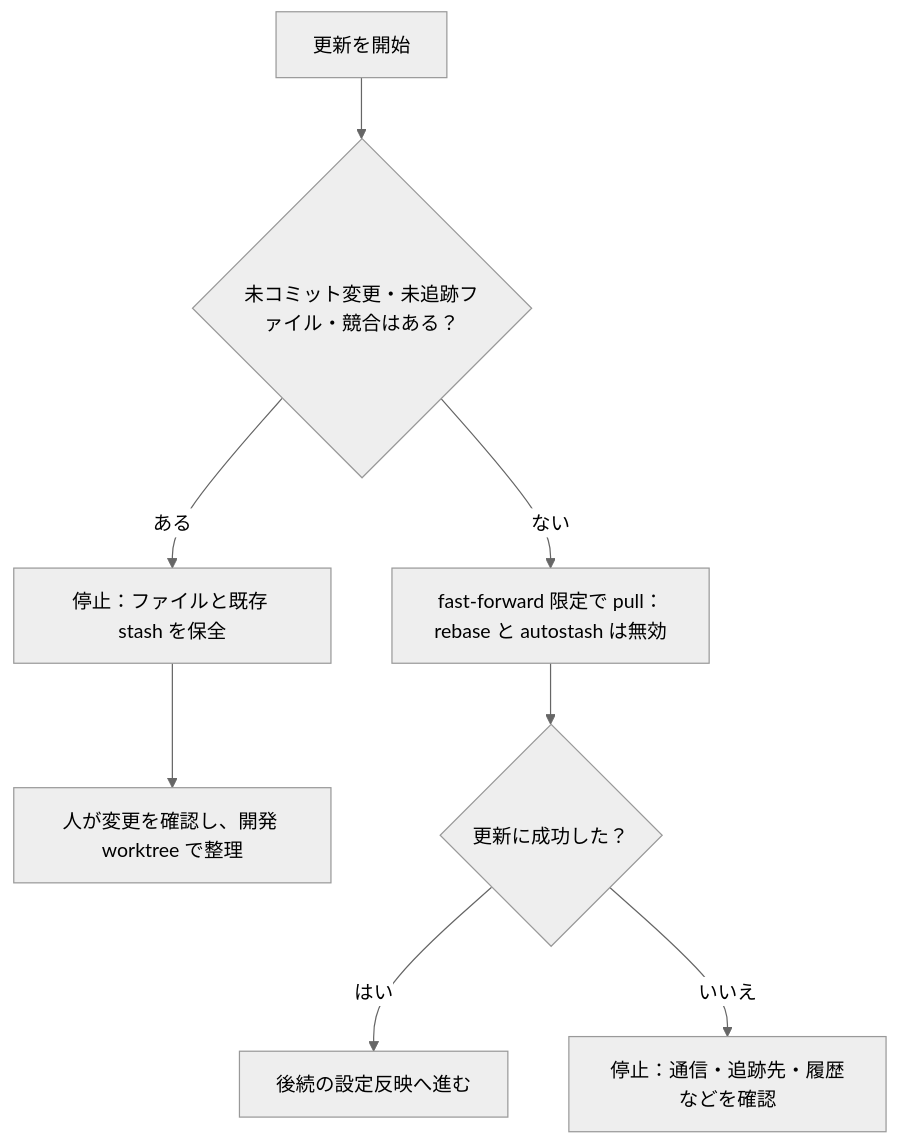
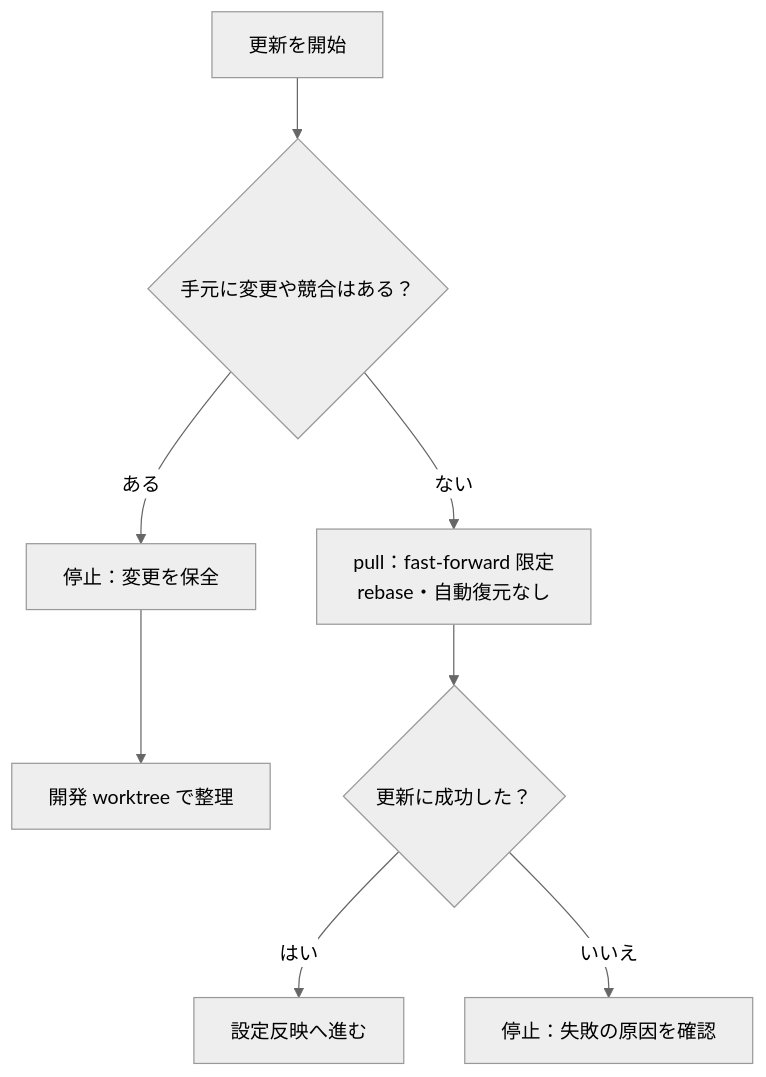
The second of 3 diagrams in docs/dotfiles-update-safety.ja.md (tqer39/dotfiles), drawn with Mermaid (neutral theme) before and after one commit.

Commit message:
docs: 更新判断の図を狭い画面でも読みやすくする

````diff
--- a/docs/dotfiles-update-safety.ja.md
+++ b/docs/dotfiles-update-safety.ja.md
@@ -68,10 +68,10 @@
 ```mermaid
 flowchart TD
-    A["更新を開始"] --> B{"未コミット変更・未追跡ファイル・競合はある？"}
-    B -->|ある| C["停止：ファイルと既存 stash を保全"]
-    C --> D["人が変更を確認し、開発 worktree で整理"]
-    B -->|ない| E["fast-forward 限定で pull：rebase と autostash は無効"]
+    A["更新を開始"] --> B{"手元に変更や競合はある？"}
+    B -->|ある| C["停止：変更を保全"]
+    C --> D["開発 worktree で整理"]
+    B -->|ない| E["pull：fast-forward 限定<br/>rebase・自動復元なし"]
     E --> F{"更新に成功した？"}
-    F -->|はい| G["後続の設定反映へ進む"]
-    F -->|いいえ| H["停止：通信・追跡先・履歴などを確認"]
+    F -->|はい| G["設定反映へ進む"]
+    F -->|いいえ| H["停止：失敗の原因を確認"]
 ```
````
